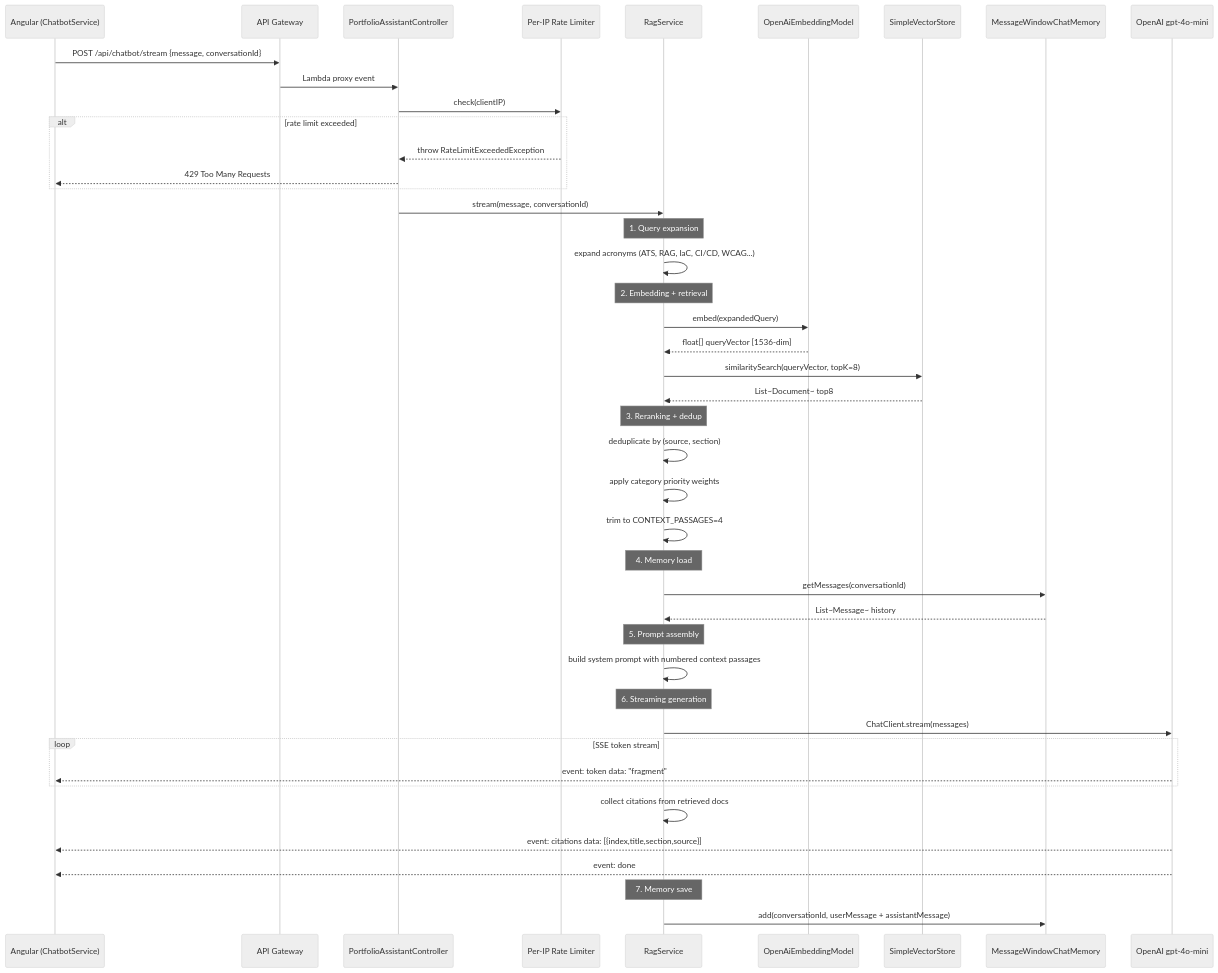
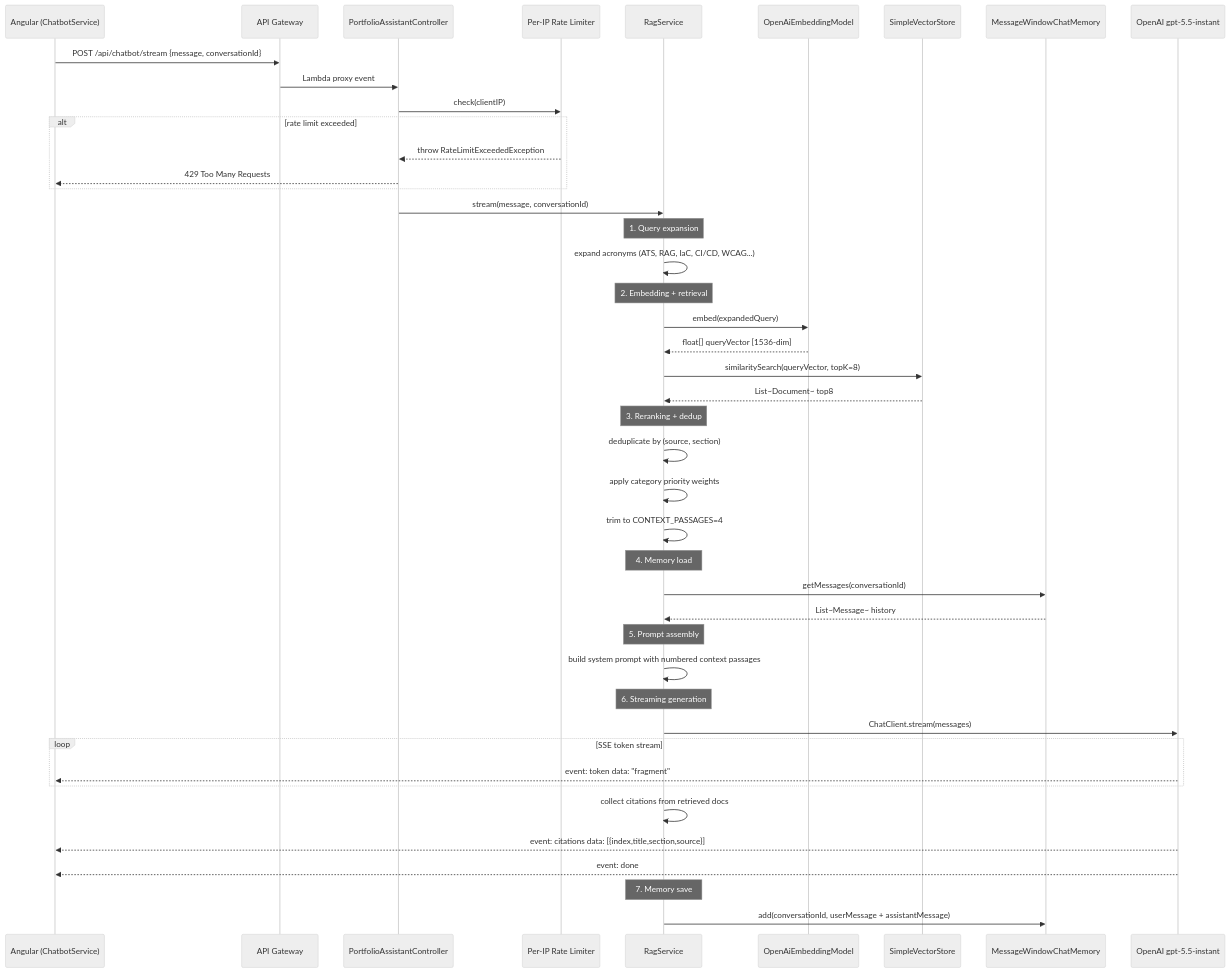
One commit to clark22134/MyPortfolioWebsite changed diagram 11 of 11 in docs/UML_DIAGRAMS.md. Above: the diagram before and after it, drawn with Mermaid (neutral theme). The commit also changed other lines of this file and 25 other files, not shown here.

Commit message:
Code coverage, broken docs links, gpt-5.5-instant for chatbot

````diff
--- a/docs/UML_DIAGRAMS.md
+++ b/docs/UML_DIAGRAMS.md
@@ -1082,58 +1082,58 @@
 ```mermaid
 sequenceDiagram
     participant Angular as Angular (ChatbotService)
     participant APIGW as API Gateway
     participant Ctrl as PortfolioAssistantController
     participant RateLim as Per-IP Rate Limiter
     participant Rag as RagService
     participant Embed as OpenAiEmbeddingModel
     participant VS as SimpleVectorStore
     participant Mem as MessageWindowChatMemory
-    participant OpenAI as OpenAI gpt-4o-mini
+    participant OpenAI as OpenAI gpt-5.5-instant
 
     Angular->>APIGW: POST /api/chatbot/stream {message, conversationId}
     APIGW->>Ctrl: Lambda proxy event
 
     Ctrl->>RateLim: check(clientIP)
     alt rate limit exceeded
         RateLim-->>Ctrl: throw RateLimitExceededException
         Ctrl-->>Angular: 429 Too Many Requests
     end
 
     Ctrl->>Rag: stream(message, conversationId)
 
     Note over Rag: 1. Query expansion
     Rag->>Rag: expand acronyms (ATS, RAG, IaC, CI/CD, WCAG...)
 
     Note over Rag: 2. Embedding + retrieval
     Rag->>Embed: embed(expandedQuery)
     Embed-->>Rag: float[] queryVector [1536-dim]
     Rag->>VS: similaritySearch(queryVector, topK=8)
     VS-->>Rag: List~Document~ top8
 
     Note over Rag: 3. Reranking + dedup
     Rag->>Rag: deduplicate by (source, section)
     Rag->>Rag: apply category priority weights
     Rag->>Rag: trim to CONTEXT_PASSAGES=4
 
     Note over Rag: 4. Memory load
     Rag->>Mem: getMessages(conversationId)
     Mem-->>Rag: List~Message~ history
 
     Note over Rag: 5. Prompt assembly
     Rag->>Rag: build system prompt with numbered context passages
 
     Note over Rag: 6. Streaming generation
     Rag->>OpenAI: ChatClient.stream(messages)
 
     loop SSE token stream
         OpenAI-->>Angular: event: token  data: "fragment"
     end
 
     Rag->>Rag: collect citations from retrieved docs
     OpenAI-->>Angular: event: citations  data: [{index,title,section,source}]
     OpenAI-->>Angular: event: done
 
     Note over Rag: 7. Memory save
     Rag->>Mem: add(conversationId, userMessage + assistantMessage)
 ```
````
